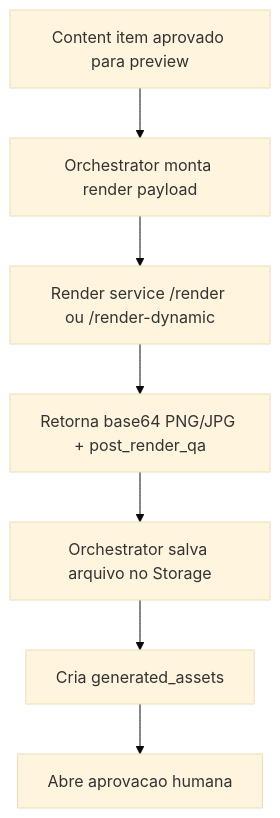
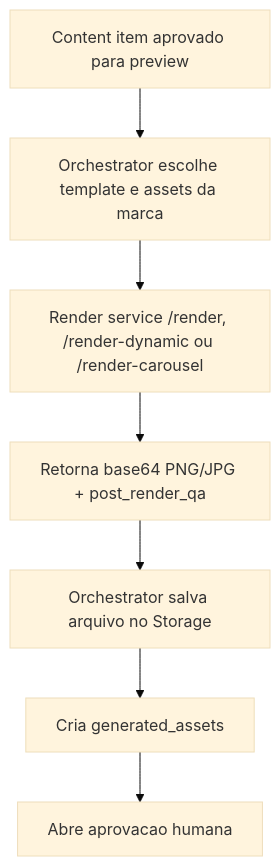
The fifth of 6 diagrams in docs/DIAGNOSTICO-ATUAL.md (fabiohhsales/content-saas), drawn with Mermaid (base theme) before and after one commit. The commit also changed other lines of this file and 11 other files, not shown here.

Commit message:
add render preview job

````diff
--- a/docs/DIAGNOSTICO-ATUAL.md
+++ b/docs/DIAGNOSTICO-ATUAL.md
@@ -288,9 +319,9 @@
 ```mermaid
 flowchart TD
-  A["Content item aprovado para preview"] --> B["Orchestrator monta render payload"]
-  B --> C["Render service /render ou /render-dynamic"]
+  A["Content item aprovado para preview"] --> B["Orchestrator escolhe template e assets da marca"]
+  B --> C["Render service /render, /render-dynamic ou /render-carousel"]
   C --> D["Retorna base64 PNG/JPG + post_render_qa"]
   D --> E["Orchestrator salva arquivo no Storage"]
   E --> F["Cria generated_assets"]
   F --> G["Abre aprovacao humana"]
 ```
````
